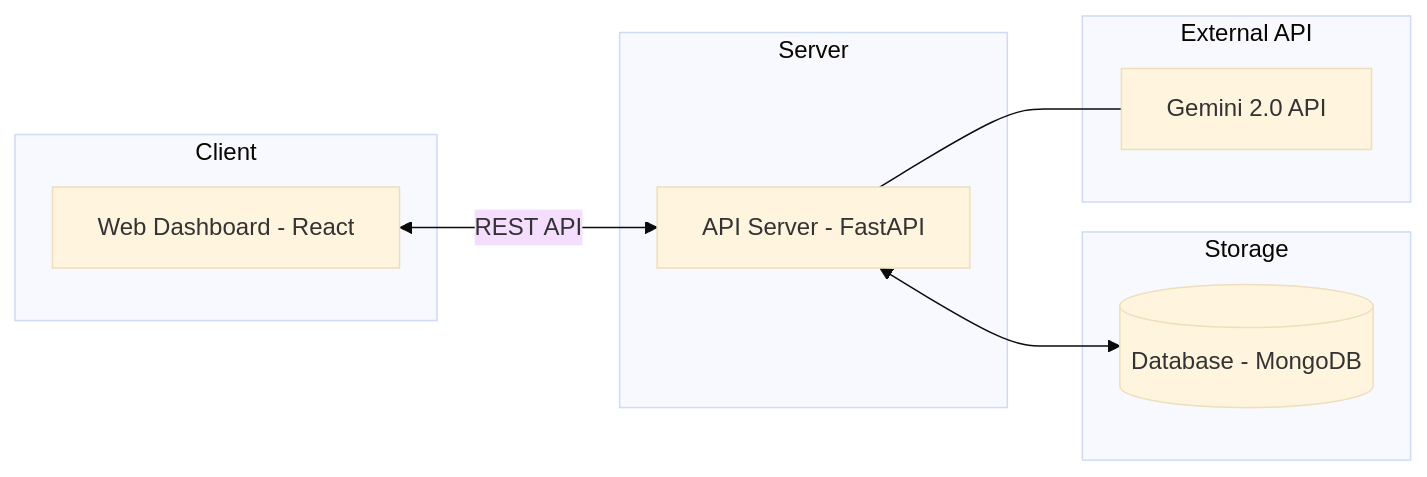
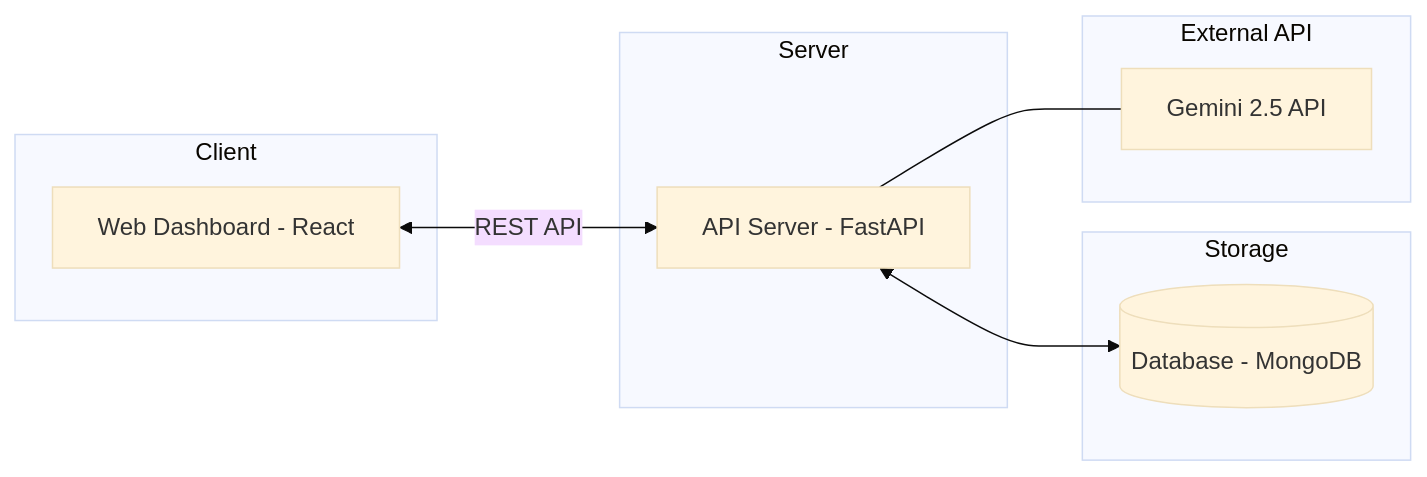
One commit to igoobo/Force-Focus changed the first of 13 diagrams in docs/web-dashboard.md. Above: the diagram before and after it, drawn with Mermaid (base theme). The commit also changed other lines of this file, not shown here.

````diff
--- a/docs/web-dashboard.md
+++ b/docs/web-dashboard.md
@@ -44,19 +44,19 @@
 ```mermaid
 graph LR
     subgraph Client
         A[Web Dashboard - React]
     end
     subgraph Server
         B[API Server - FastAPI]
     end
     subgraph Storage
         C[(Database - MongoDB)]
     end
     subgraph External API
-        D[Gemini 2.0 API]
+        D[Gemini 2.5 API]
     end
 
     A <-->|REST API| B
     B <--> C
     B --- D
 ```
````
